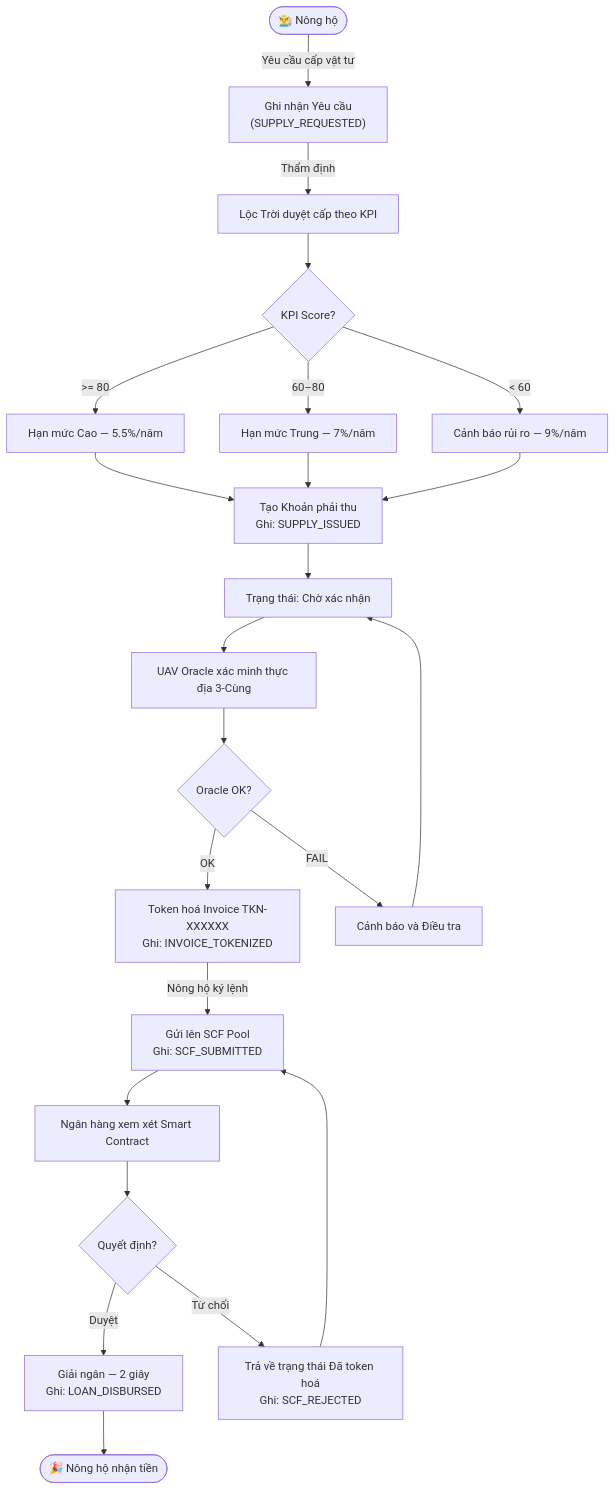
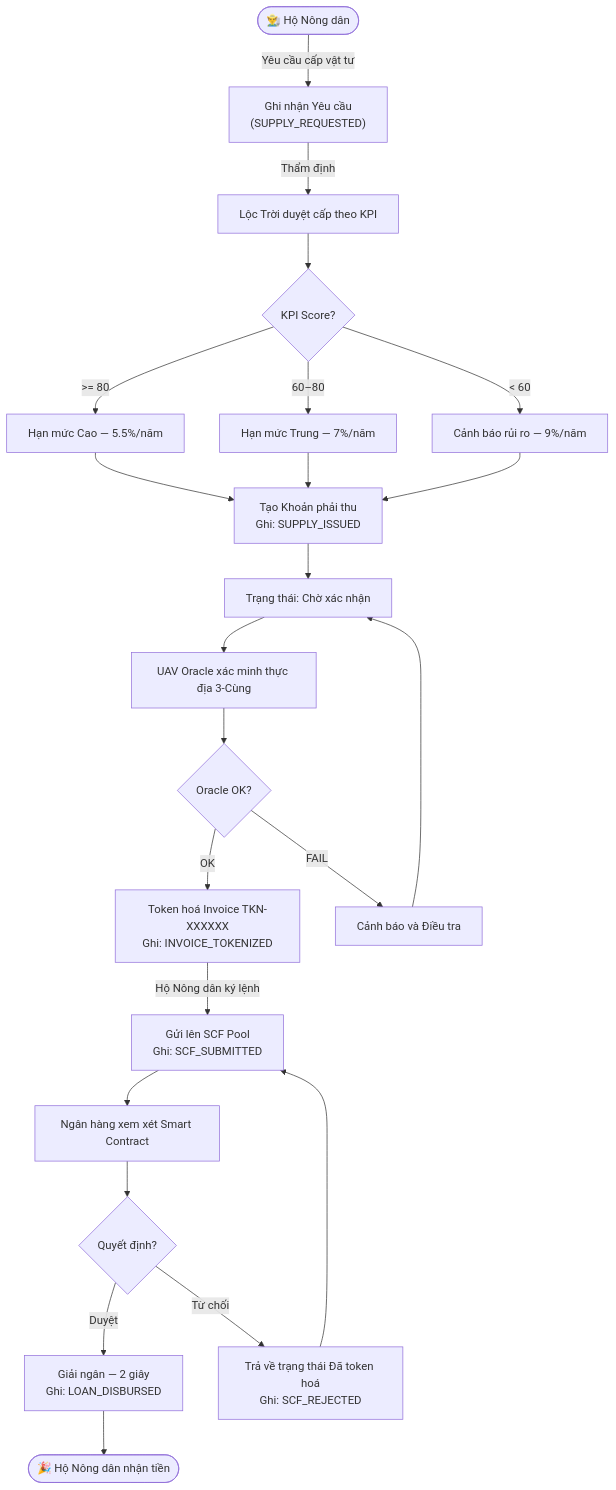
Before and after one commit to yudnhat25/loctroi-app: the first of 5 diagrams in SYSTEM_DOCS.md, drawn with Mermaid. The commit also changed other lines of this file and 12 other files, not shown here.

````diff
--- a/SYSTEM_DOCS.md
+++ b/SYSTEM_DOCS.md
@@ -35,23 +35,23 @@
 ```mermaid
 flowchart TD
-    A(["👨‍🌾 Nông hộ"]) -->|"Yêu cầu cấp vật tư"| B["Ghi nhận Yêu cầu\n(SUPPLY_REQUESTED)"]
+    A(["👨‍🌾 Hộ Nông dân"]) -->|"Yêu cầu cấp vật tư"| B["Ghi nhận Yêu cầu\n(SUPPLY_REQUESTED)"]
     B -->|"Thẩm định"| C["Lộc Trời duyệt cấp theo KPI"]
     C --> D{KPI Score?}
     D -->|">= 80"| E["Hạn mức Cao — 5.5%/năm"]
     D -->|"60–80"| F["Hạn mức Trung — 7%/năm"]
     D -->|"< 60"| G["Cảnh báo rủi ro — 9%/năm"]
     E & F & G --> H["Tạo Khoản phải thu\nGhi: SUPPLY_ISSUED"]
     H --> I["Trạng thái: Chờ xác nhận"]
     I --> J["UAV Oracle xác minh thực địa 3-Cùng"]
     J --> K{Oracle OK?}
     K -->|"OK"| L["Token hoá Invoice TKN-XXXXXX\nGhi: INVOICE_TOKENIZED"]
     K -->|"FAIL"| M["Cảnh báo và Điều tra"]
-    L -->|"Nông hộ ký lệnh"| N["Gửi lên SCF Pool\nGhi: SCF_SUBMITTED"]
+    L -->|"Hộ Nông dân ký lệnh"| N["Gửi lên SCF Pool\nGhi: SCF_SUBMITTED"]
     N --> O["Ngân hàng xem xét Smart Contract"]
     O --> P{Quyết định?}
     P -->|"Duyệt"| Q["Giải ngân — 2 giây\nGhi: LOAN_DISBURSED"]
     P -->|"Từ chối"| R["Trả về trạng thái Đã token hoá\nGhi: SCF_REJECTED"]
-    Q --> S(["🎉 Nông hộ nhận tiền"])
+    Q --> S(["🎉 Hộ Nông dân nhận tiền"])
     R --> N
     M --> I
 ```
````
